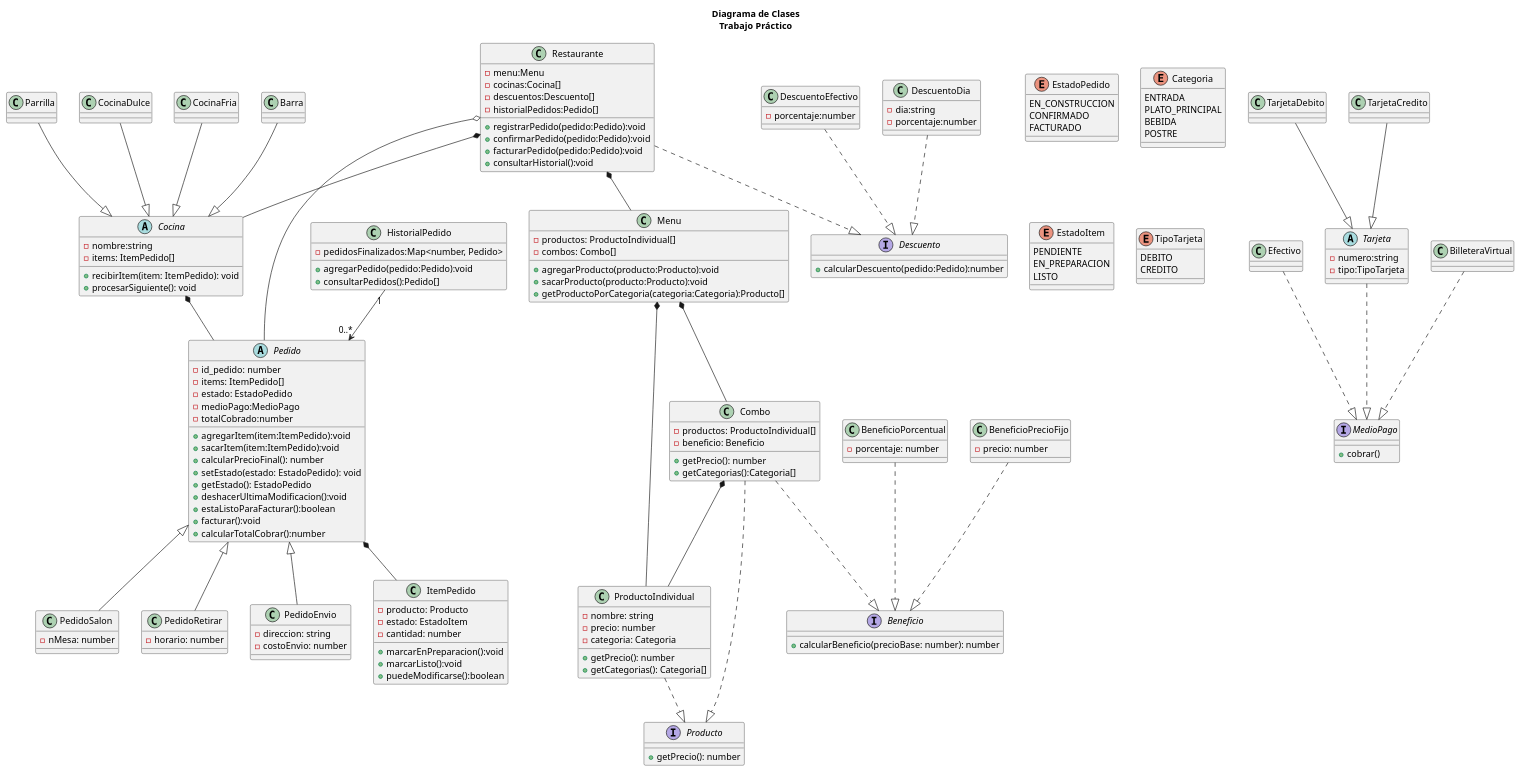
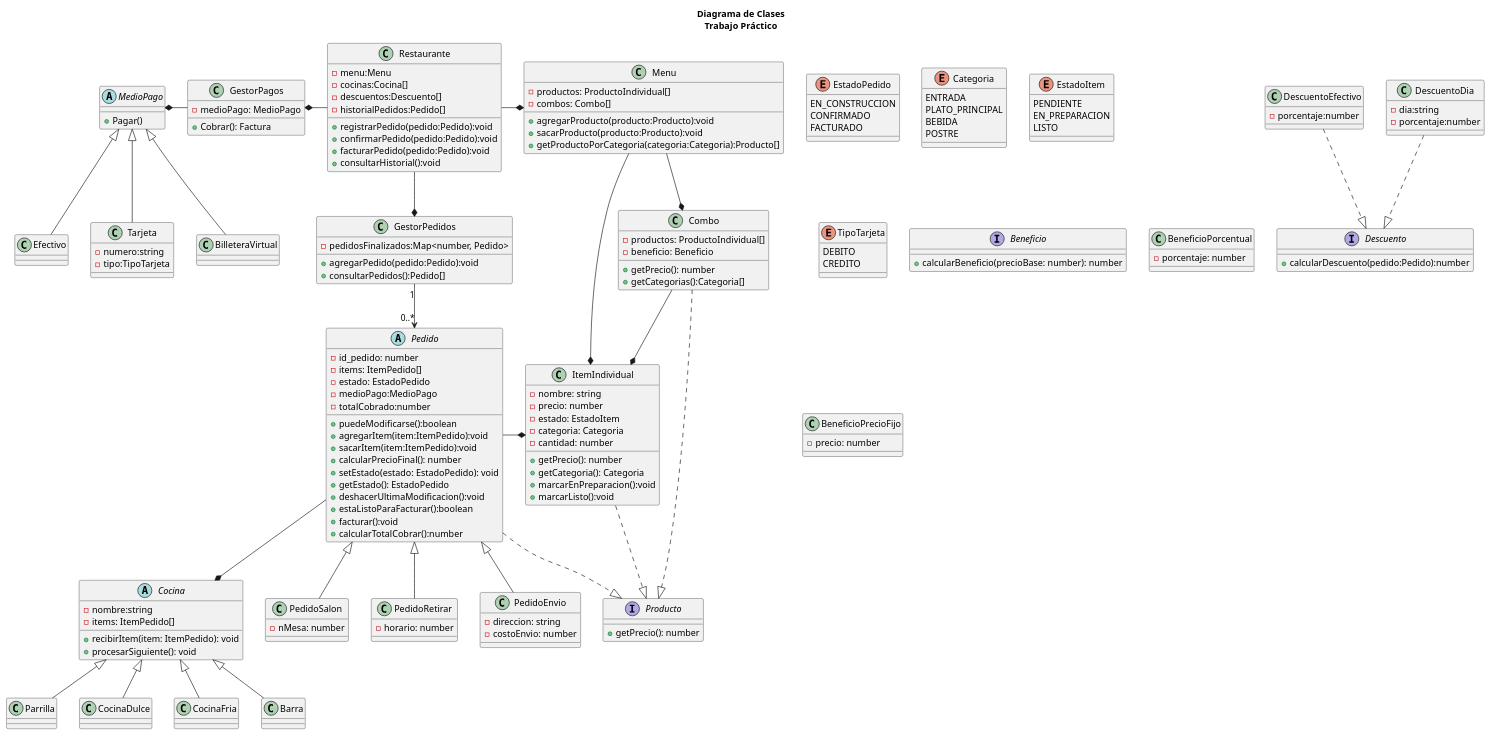
Before and after one commit to crstian8819/tp-grupo-11: the diagram in diagrama/diagrama.puml, drawn with PlantUML.

Commit message:
HistorialPedidos cambiado por GestorPedidos. Gestor de pagos agregado, relacion con MedioPago (antes interfaz ahora clase abstracta). Class Tarjeta con implementacion TipoTarjeta(enum)

```diff
--- a/diagrama/diagrama.puml
+++ b/diagrama/diagrama.puml
@@ -35,13 +35,15 @@
         +facturarPedido(pedido:Pedido):void
         +consultarHistorial():void
     }
-    Restaurante *-- Menu
-    Restaurante *-- Cocina
-    Restaurante o-- Pedido
-    Restaurante ..|> Descuento
+    Restaurante -r-* Menu
+    'Restaurante --* Cocina
+    'Restaurante o-- Pedido
+    Restaurante -d-* GestorPedidos
+    Restaurante --l-* GestorPagos
+    'Restaurante ..|> Descuento
 
-
-
+   
+    
     '------------------ PEDIDOS -------------------------
 
     abstract class Pedido {
@@ -51,7 +53,7 @@
         -medioPago:MedioPago
         -totalCobrado:number        
 
-
+        +puedeModificarse():boolean
         +agregarItem(item:ItemPedido):void
         +sacarItem(item:ItemPedido):void
         +calcularPrecioFinal(): number
@@ -81,8 +83,9 @@
     PedidoRetirar -u-|> Pedido
     PedidoEnvio -u-|> Pedido
 
-    Pedido *-- ItemPedido
-
+    Pedido -r-* ItemIndividual
+    Pedido --* Cocina
+    Pedido ..|> Producto
 
     '------------ MENU / PRODUCTOS -------------
 
@@ -100,13 +103,17 @@
         +getPrecio(): number
     }
 
-    class ProductoIndividual {
+    class ItemIndividual {
         -nombre: string
         -precio: number
+        -estado: EstadoItem
         -categoria: Categoria
+        -cantidad: number
 
         +getPrecio(): number
-        +getCategorias(): Categoria[]
+        +getCategoria(): Categoria
+        +marcarEnPreparacion():void
+        +marcarListo():void
     }
 
     class Combo  {
@@ -117,12 +124,11 @@
         +getCategorias():Categoria[]
     }
 
-    ProductoIndividual ..|> Producto
-    Menu *-- ProductoIndividual
-    Menu *-- Combo
-    Combo *-- ProductoIndividual
+    ItemIndividual ..|> Producto
+    Menu --* ItemIndividual
+    Menu --* Combo
+    Combo --* ItemIndividual
     Combo ..|> Producto
-
 
     '------------------ BENEFICIOS -----------------
 
@@ -138,26 +144,10 @@
         -precio: number
     }
 
-    BeneficioPorcentual ..|> Beneficio
-    BeneficioPrecioFijo ..|> Beneficio
+    'BeneficioPorcentual ..|> Beneficio
+    'BeneficioPrecioFijo ..|> Beneficio
 
-    Combo ..|> Beneficio
-
-
-    '------------------ ITEMS -----------------
-
-    class ItemPedido {
-        -producto: Producto
-        -estado: EstadoItem
-        -cantidad: number
-        
-
-        +marcarEnPreparacion():void
-        +marcarListo():void
-        +puedeModificarse():boolean
-    }
-
-
+    'Combo ..|> Beneficio
 
     '--------------------- COCINA ----------------------
 
@@ -174,29 +164,39 @@
     class CocinaFria{}
     class Barra{}
 
-    Parrilla --|> Cocina
-    CocinaDulce --|> Cocina
-    CocinaFria --|> Cocina
-    Barra --|> Cocina
-    Cocina *-- Pedido
+    Parrilla -u-|> Cocina
+    CocinaDulce -u-|> Cocina
+    CocinaFria -u-|> Cocina
+    Barra -u-|> Cocina
+
+    '------------------ GESTOR_PAGOS -------------------------
+    class GestorPagos {
+        -medioPago: MedioPago
+
+        +Cobrar(): Factura
+    }
+    GestorPagos -l-* MedioPago
+
     '------------------- MedioPago ------------------------
-    interface MedioPago{
-        +cobrar()
+    abstract class MedioPago{
+        
+        +Pagar()
     }
     class Efectivo{}
-    abstract class Tarjeta{
+    class Tarjeta{
         -numero:string
         -tipo:TipoTarjeta
     }
-    class TarjetaDebito{}
-    class TarjetaCredito{}
+    'Implementacion de Enum TipoTarjeta (a confirmar cambios)
+    'class TarjetaDebito{}
+    'class TarjetaCredito{}
     class BilleteraVirtual{}
-    Efectivo ..|> MedioPago
-    Tarjeta ..|> MedioPago
-    BilleteraVirtual ..|> MedioPago
+    Efectivo -u-|> MedioPago
+    Tarjeta -u-|> MedioPago
+    BilleteraVirtual -u-|> MedioPago
 
-    TarjetaDebito --|> Tarjeta
-    TarjetaCredito --|> Tarjeta
+    'TarjetaDebito --|> Tarjeta
+    'TarjetaCredito --|> Tarjeta
 
     interface Descuento{
         +calcularDescuento(pedido:Pedido):number
@@ -212,13 +212,13 @@
     DescuentoDia ..|> Descuento
 
     '-------------------- Historial------------------------
-    class HistorialPedido{
+    class GestorPedidos{
         -pedidosFinalizados:Map<number, Pedido>
         +agregarPedido(pedido:Pedido):void
         +consultarPedidos():Pedido[]
     }
     'HistorialPedido o-- Pedido
-    HistorialPedido "1" --> "0..*" Pedido
+    GestorPedidos "1" -d-> "0..*" Pedido
     'Un pedido contiene exactamente Un registro en historial de Pedidos
     'HistorialPedido puede contener 0 o muchos pedidos.
 @enduml
```
